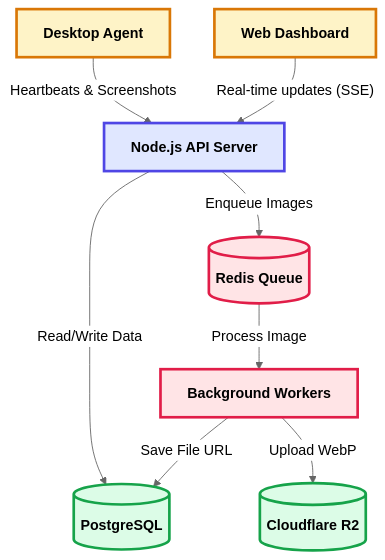
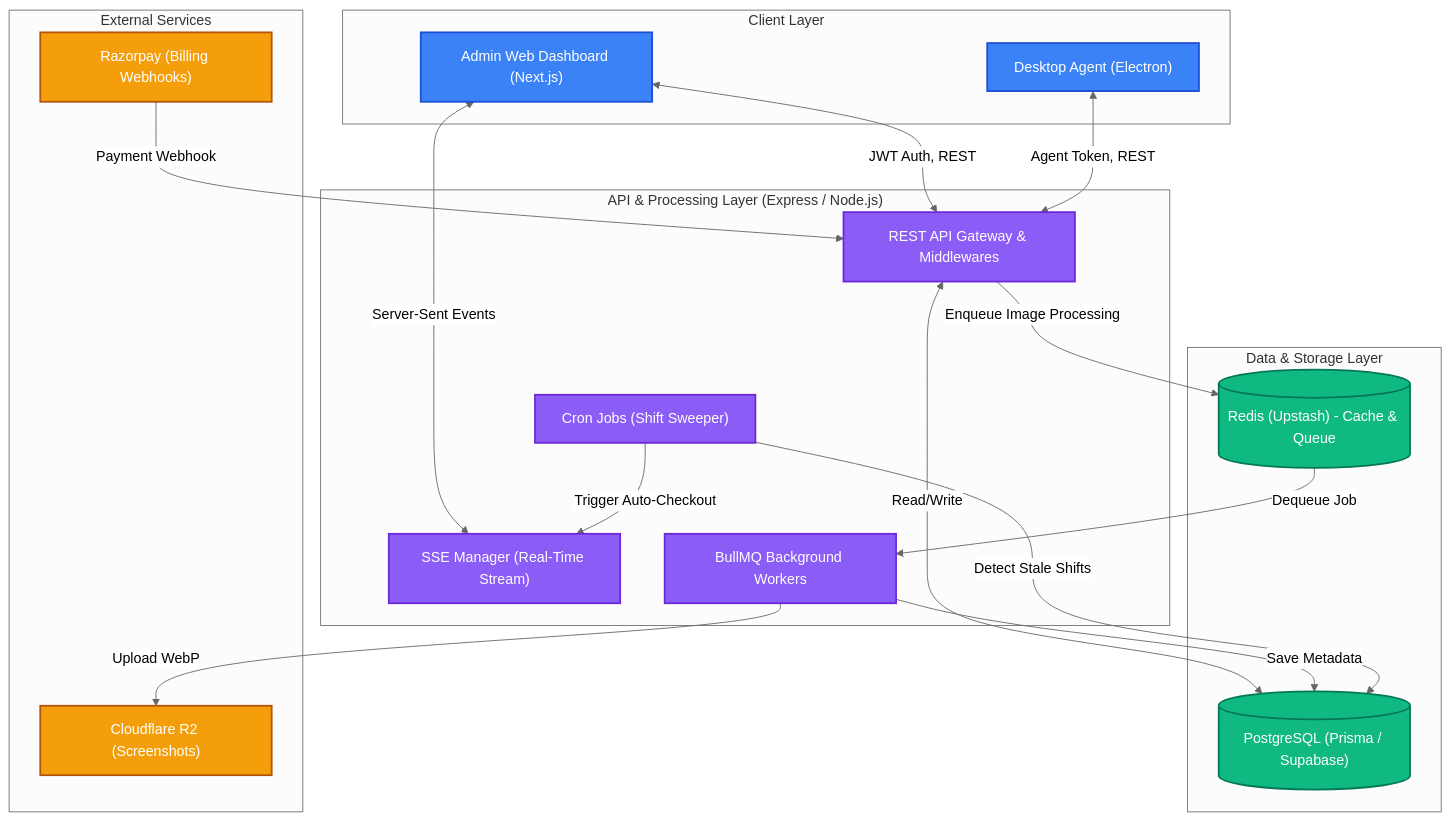
The diagram in Overview/architecture-overview.md (Trace-2-0/Docs), drawn with Mermaid (neutral theme) before and after one commit. The commit also changed 1 other file, not shown here.

Commit message:
docs: Restore full architecture diagram and update benchmark with top 5 runs

````diff
--- a/Overview/architecture-overview.md
+++ b/Overview/architecture-overview.md
@@ -9,32 +9,44 @@
 ```mermaid
 flowchart TD
-    %% Styling to make it bold and big
-    classDef default fill:#f9f9f9,stroke:#333,stroke-width:2px,font-size:16px,font-weight:bold;
-    classDef api fill:#e0e7ff,stroke:#4f46e5,stroke-width:3px;
-    classDef storage fill:#dcfce7,stroke:#16a34a,stroke-width:3px;
-    classDef client fill:#fef3c7,stroke:#d97706,stroke-width:3px;
-    classDef queue fill:#ffe4e6,stroke:#e11d48,stroke-width:3px;
+    classDef client fill:#3b82f6,color:#fff,stroke:#1d4ed8,stroke-width:2px;
+    classDef api fill:#8b5cf6,color:#fff,stroke:#6d28d9,stroke-width:2px;
+    classDef data fill:#10b981,color:#fff,stroke:#047857,stroke-width:2px;
+    classDef external fill:#f59e0b,color:#fff,stroke:#b45309,stroke-width:2px;
 
-    %% Components
-    Agent[Desktop Agent]:::client
-    Admin[Web Dashboard]:::client
+    subgraph ClientLayer ["Client Layer"]
+        Web["Admin Web Dashboard (Next.js)"]:::client
+        Agent["Desktop Agent (Electron)"]:::client
+    end
+
+    subgraph APILayer ["API & Processing Layer (Express / Node.js)"]
+        Gateway["REST API Gateway & Middlewares"]:::api
+        SSE["SSE Manager (Real-Time Stream)"]:::api
+        Workers["BullMQ Background Workers"]:::api
+        Cron["Cron Jobs (Shift Sweeper)"]:::api
+    end
+
+    subgraph DataLayer ["Data & Storage Layer"]
+        PG[("PostgreSQL (Prisma / Supabase)")]:::data
+        Redis[("Redis (Upstash) - Cache & Queue")]:::data
+    end
+
+    subgraph External ["External Services"]
+        R2["Cloudflare R2 (Screenshots)"]:::external
+        Razorpay["Razorpay (Billing Webhooks)"]:::external
+    end
+
+    Web <-->|JWT Auth, REST| Gateway
+    Web <-->|Server-Sent Events| SSE
+    Agent <-->|Agent Token, REST| Gateway
     
-    API[Node.js API Server]:::api
+    Gateway <-->|Read/Write| PG
+    Gateway -->|Enqueue Image Processing| Redis
+    Redis -->|Dequeue Job| Workers
+    Workers -->|Save Metadata| PG
+    Workers -->|Upload WebP| R2
     
-    Queue[(Redis Queue)]:::queue
-    Worker[Background Workers]:::queue
+    Cron -->|Detect Stale Shifts| PG
+    Cron -->|Trigger Auto-Checkout| SSE
     
-    DB[(PostgreSQL)]:::storage
-    Storage[(Cloudflare R2)]:::storage
-
-    %% Interactions
-    Agent -- "Heartbeats & Screenshots" --> API
-    Admin -- "Real-time updates (SSE)" --> API
-    
-    API -- "Read/Write Data" --> DB
-    API -- "Enqueue Images" --> Queue
-    
-    Queue -- "Process Image" --> Worker
-    Worker -- "Save File URL" --> DB
-    Worker -- "Upload WebP" --> Storage
+    Razorpay -->|Payment Webhook| Gateway
 ```
````
